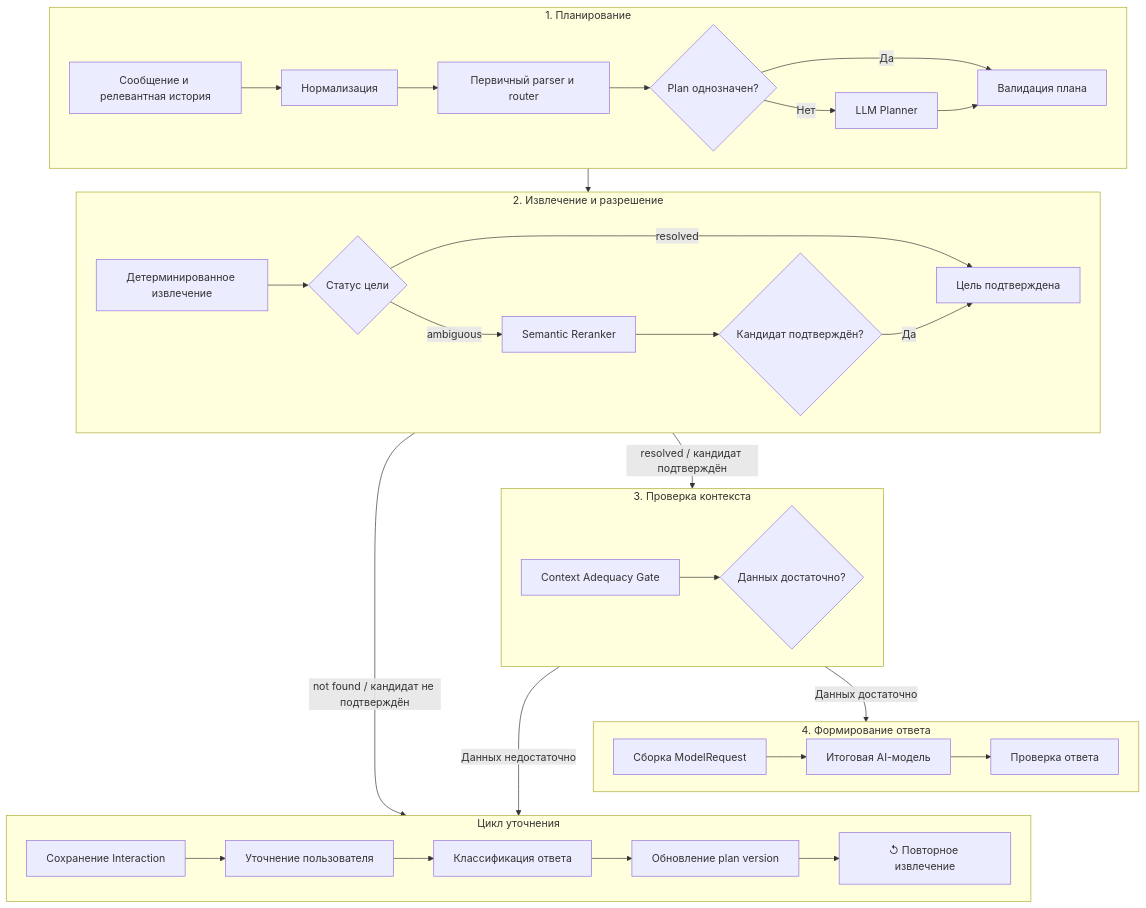
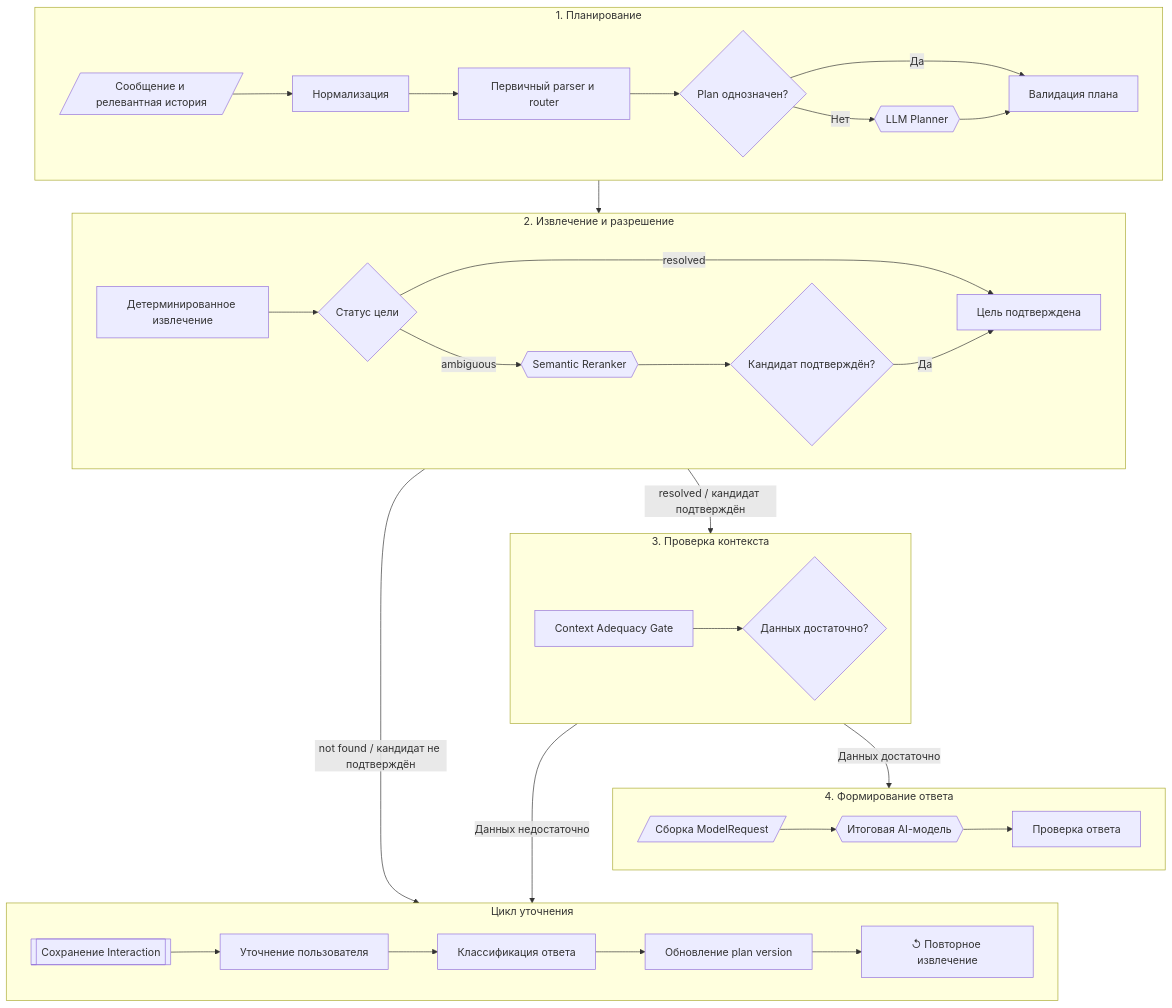
Before and after one commit to endge-lab/configurator-docs: the diagram in docs/services/ai-workbench/data-preparation.md, drawn with Mermaid. The commit also changed 5 other files, not shown here.

````diff
--- a/docs/services/ai-workbench/data-preparation.md
+++ b/docs/services/ai-workbench/data-preparation.md
@@ -28,48 +28,54 @@
 ```mermaid
-%%{init: {"flowchart": {"nodeSpacing": 32, "rankSpacing": 36}}}%%
 flowchart TB
   subgraph PLAN["1. Планирование"]
     direction LR
-    U["Сообщение и релевантная история"] --> N["Нормализация"]
+    U[/"Сообщение и релевантная история"/] --> N["Нормализация"]
     N --> P["Первичный parser и router"]
     P --> C{"Plan однозначен?"}
     C -- "Да" --> V["Валидация плана"]
-    C -- "Нет" --> LP["LLM Planner"]
+    C -- "Нет" --> LP{{"LLM Planner"}}
     LP --> V
   end
 
   subgraph RESOLUTION["2. Извлечение и разрешение"]
     direction LR
     R["Детерминированное извлечение"] --> M{"Статус цели"}
     M -- "resolved" --> READY["Цель подтверждена"]
-    M -- "ambiguous" --> RR["Semantic Reranker"]
+    M -- "ambiguous" --> RR{{"Semantic Reranker"}}
     RR --> RV{"Кандидат подтверждён?"}
     RV -- "Да" --> READY
   end
 
   subgraph CONTEXT["3. Проверка контекста"]
     direction LR
     A["Context Adequacy Gate"] --> S{"Данных достаточно?"}
   end
 
   subgraph CLARIFICATION["Цикл уточнения"]
     direction LR
-    I["Сохранение Interaction"] --> Q["Уточнение пользователя"]
+    I[["Сохранение Interaction"]] --> Q["Уточнение пользователя"]
     Q --> CR["Классификация ответа"]
     CR --> UP["Обновление plan version"]
     UP --> RETRY["↺ Повторное извлечение"]
   end
 
   subgraph GENERATION["4. Формирование ответа"]
     direction LR
-    B["Сборка ModelRequest"] --> F["Итоговая AI-модель"]
+    B[/"Сборка ModelRequest"/] --> F{{"Итоговая AI-модель"}}
     F --> O["Проверка ответа"]
   end
 
   PLAN --> RESOLUTION
   RESOLUTION -- "resolved / кандидат подтверждён" --> CONTEXT
   RESOLUTION -- "not found / кандидат не подтверждён" --> CLARIFICATION
   CONTEXT -- "Данных достаточно" --> GENERATION
   CONTEXT -- "Данных недостаточно" --> CLARIFICATION
   GENERATION ~~~ CLARIFICATION
+
+  class U endgeInput
+  class N,P,V,R,A,B endgeProcess
+  class C,M,RV,S endgeDecision
+  class LP,RR,F endgeAI
+  class I,Q,CR,UP,RETRY endgeClarification
+  class READY,O endgeSuccess
 ```
````
